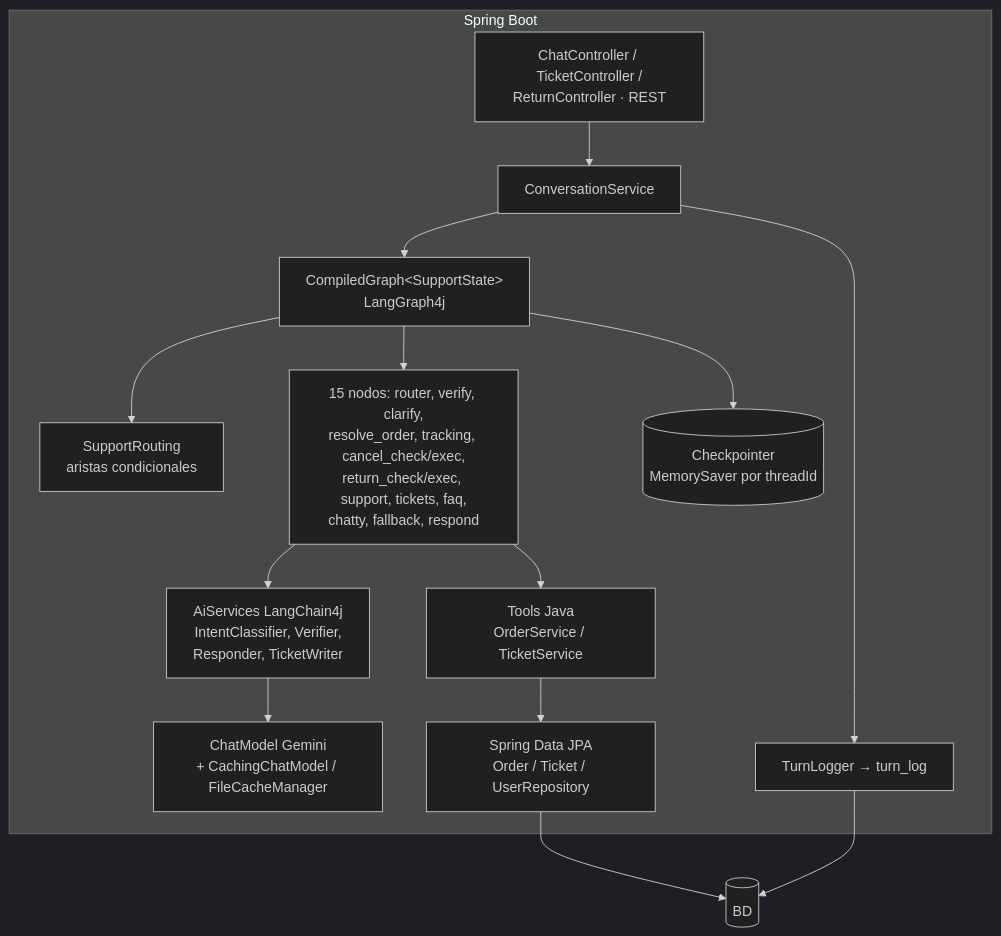
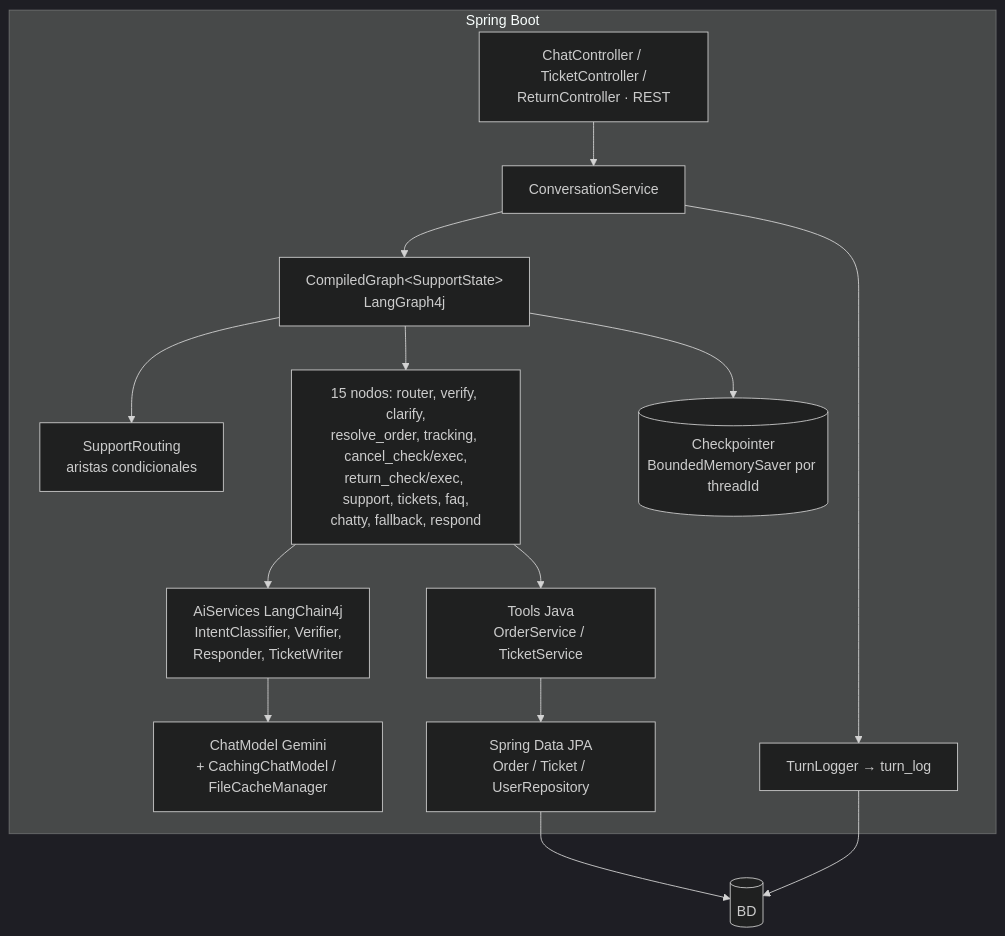
One commit to mikel0ne/ai-platform-portfolio changed the second of 4 diagrams in l1-copilot/docs/arquitectura/02-arquitectura-sistema.md. Above: the diagram before and after it, drawn with Mermaid (dark theme). The commit also changed other lines of this file and 40 other files, not shown here.

````diff
--- a/l1-copilot/docs/arquitectura/02-arquitectura-sistema.md
+++ b/l1-copilot/docs/arquitectura/02-arquitectura-sistema.md
@@ -20,17 +20,17 @@
 ```mermaid
 graph TB
     subgraph Backend [Spring Boot]
         C[ChatController / TicketController /<br/>ReturnController · REST] --> CS[ConversationService]
         CS --> G[CompiledGraph&lt;SupportState&gt;<br/>LangGraph4j]
         G --> RT[SupportRouting<br/>aristas condicionales]
         G --> ND[15 nodos: router, verify, clarify,<br/>resolve_order, tracking, cancel_check/exec,<br/>return_check/exec, support, tickets, faq,<br/>chatty, fallback, respond]
         ND --> AI[AiServices LangChain4j<br/>IntentClassifier, Verifier,<br/>Responder, TicketWriter]
         AI --> LC[ChatModel Gemini<br/>+ CachingChatModel / FileCacheManager]
         ND --> T[Tools Java<br/>OrderService / TicketService]
         T --> R[Spring Data JPA<br/>Order / Ticket / UserRepository]
-        G --> CP[(Checkpointer<br/>MemorySaver por threadId)]
+        G --> CP[(Checkpointer<br/>BoundedMemorySaver por threadId)]
         CS --> TL[TurnLogger → turn_log]
     end
     R --> DB[(BD)]
     TL --> DB
 ```
````
